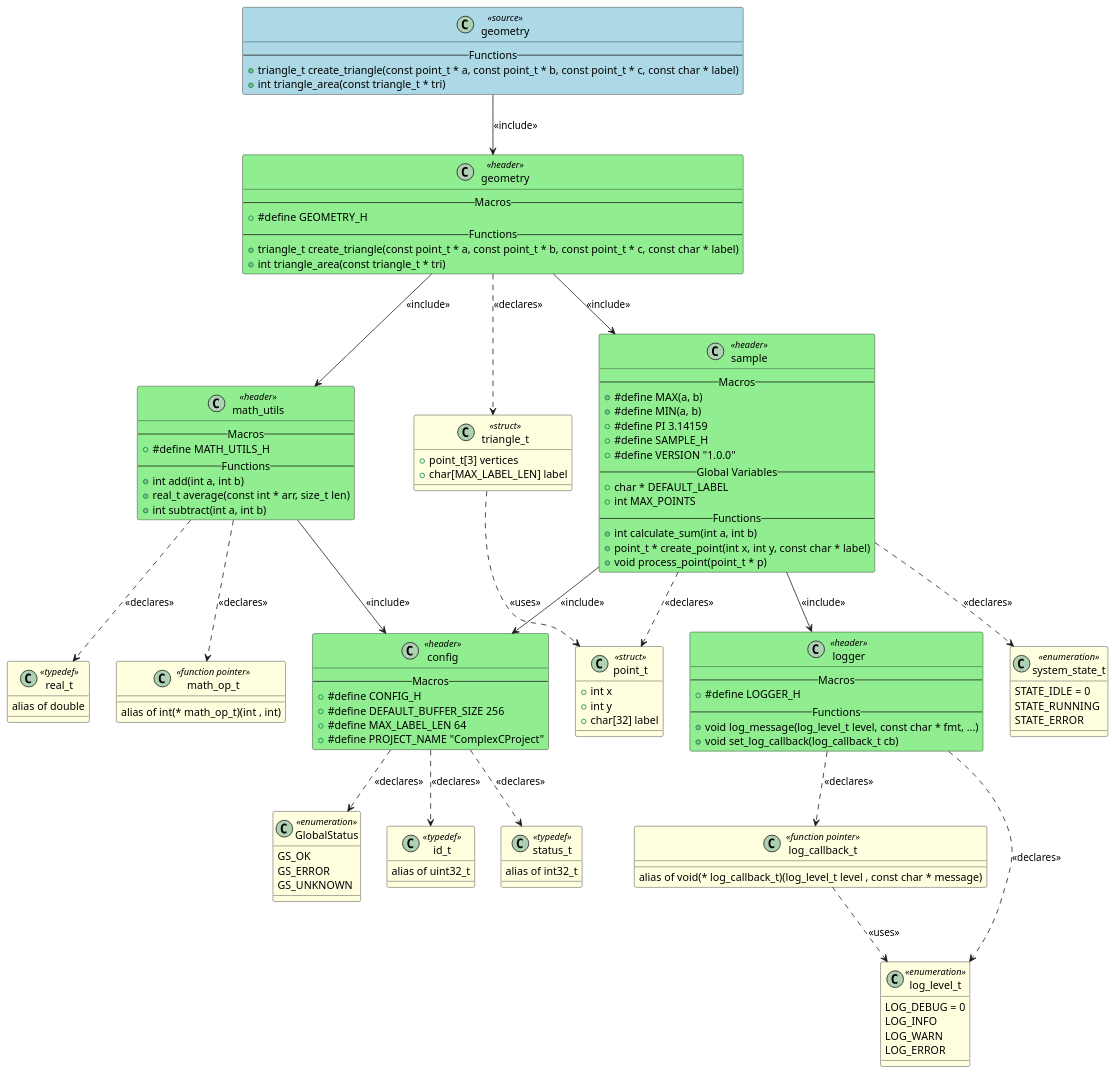
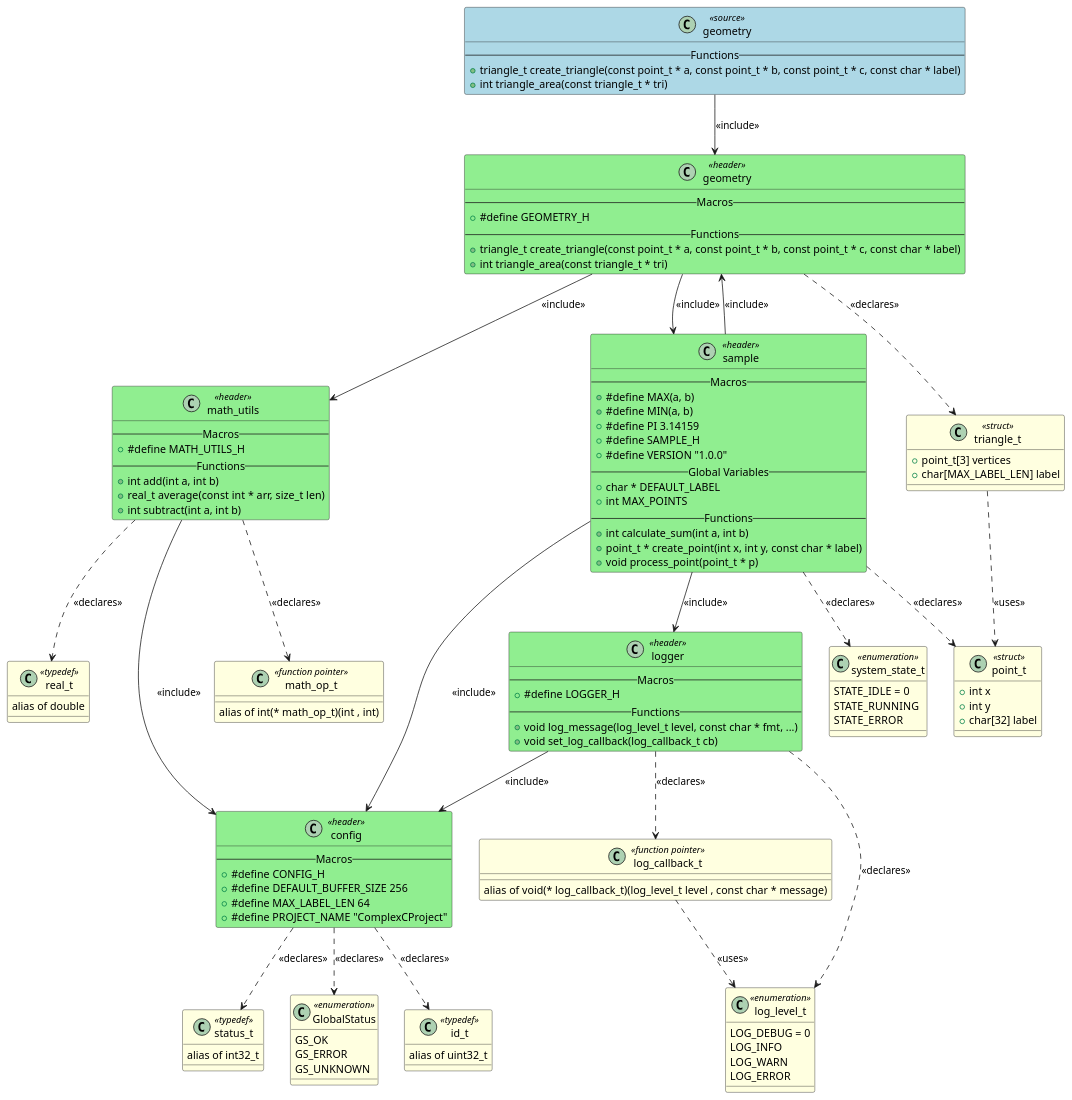
The diagram in artifacts/output_example/geometry.puml (fischerjooo/c2puml), drawn with PlantUML before and after one commit. The commit also changed 23 other files, not shown here.

```diff
--- a/artifacts/output_example/geometry.puml
+++ b/artifacts/output_example/geometry.puml
@@ -1,149 +1,151 @@
 @startuml geometry
 
 class "geometry" as GEOMETRY <<source>> #LightBlue
 {
     -- Functions --
     + triangle_t create_triangle(const point_t * a, const point_t * b, const point_t * c, const char * label)
     + int triangle_area(const triangle_t * tri)
 }
 
 class "config" as HEADER_CONFIG <<header>> #LightGreen
 {
     -- Macros --
     + #define CONFIG_H
     + #define DEFAULT_BUFFER_SIZE 256
     + #define MAX_LABEL_LEN 64
     + #define PROJECT_NAME "ComplexCProject"
 }
 
 class "geometry" as HEADER_GEOMETRY <<header>> #LightGreen
 {
     -- Macros --
     + #define GEOMETRY_H
     -- Functions --
     + triangle_t create_triangle(const point_t * a, const point_t * b, const point_t * c, const char * label)
     + int triangle_area(const triangle_t * tri)
 }
 
 class "logger" as HEADER_LOGGER <<header>> #LightGreen
 {
     -- Macros --
     + #define LOGGER_H
     -- Functions --
     + void log_message(log_level_t level, const char * fmt, ...)
     + void set_log_callback(log_callback_t cb)
 }
 
 class "math_utils" as HEADER_MATH_UTILS <<header>> #LightGreen
 {
     -- Macros --
     + #define MATH_UTILS_H
     -- Functions --
     + int add(int a, int b)
     + real_t average(const int * arr, size_t len)
     + int subtract(int a, int b)
 }
 
 class "sample" as HEADER_SAMPLE <<header>> #LightGreen
 {
     -- Macros --
     + #define MAX(a, b)
     + #define MIN(a, b)
     + #define PI 3.14159
     + #define SAMPLE_H
     + #define VERSION "1.0.0"
     -- Global Variables --
     + char * DEFAULT_LABEL
     + int MAX_POINTS
     -- Functions --
     + int calculate_sum(int a, int b)
     + point_t * create_point(int x, int y, const char * label)
     + void process_point(point_t * p)
 }
 
 class "GlobalStatus" as TYPEDEF_GLOBALSTATUS <<enumeration>> #LightYellow
 {
     GS_OK
     GS_ERROR
     GS_UNKNOWN
 }
 
 class "id_t" as TYPEDEF_ID_T <<typedef>> #LightYellow
 {
     alias of uint32_t
 }
 
 class "status_t" as TYPEDEF_STATUS_T <<typedef>> #LightYellow
 {
     alias of int32_t
 }
 
 class "triangle_t" as TYPEDEF_TRIANGLE_T <<struct>> #LightYellow
 {
     + point_t[3] vertices
     + char[MAX_LABEL_LEN] label
 }
 
 class "log_level_t" as TYPEDEF_LOG_LEVEL_T <<enumeration>> #LightYellow
 {
     LOG_DEBUG = 0
     LOG_INFO
     LOG_WARN
     LOG_ERROR
 }
 
 class "log_callback_t" as TYPEDEF_LOG_CALLBACK_T <<function pointer>> #LightYellow
 {
     alias of void(* log_callback_t)(log_level_t level , const char * message)
 }
 
 class "math_op_t" as TYPEDEF_MATH_OP_T <<function pointer>> #LightYellow
 {
     alias of int(* math_op_t)(int , int)
 }
 
 class "real_t" as TYPEDEF_REAL_T <<typedef>> #LightYellow
 {
     alias of double
 }
 
 class "point_t" as TYPEDEF_POINT_T <<struct>> #LightYellow
 {
     + int x
     + int y
     + char[32] label
 }
 
 class "system_state_t" as TYPEDEF_SYSTEM_STATE_T <<enumeration>> #LightYellow
 {
     STATE_IDLE = 0
     STATE_RUNNING
     STATE_ERROR
 }
 
 
 ' Include relationships
 GEOMETRY --> HEADER_GEOMETRY : <<include>>
 HEADER_GEOMETRY --> HEADER_MATH_UTILS : <<include>>
 HEADER_GEOMETRY --> HEADER_SAMPLE : <<include>>
+HEADER_LOGGER --> HEADER_CONFIG : <<include>>
 HEADER_MATH_UTILS --> HEADER_CONFIG : <<include>>
 HEADER_SAMPLE --> HEADER_CONFIG : <<include>>
+HEADER_SAMPLE --> HEADER_GEOMETRY : <<include>>
 HEADER_SAMPLE --> HEADER_LOGGER : <<include>>
 
 ' Declaration relationships
 HEADER_CONFIG ..> TYPEDEF_GLOBALSTATUS : <<declares>>
 HEADER_CONFIG ..> TYPEDEF_ID_T : <<declares>>
 HEADER_CONFIG ..> TYPEDEF_STATUS_T : <<declares>>
 HEADER_GEOMETRY ..> TYPEDEF_TRIANGLE_T : <<declares>>
 HEADER_LOGGER ..> TYPEDEF_LOG_LEVEL_T : <<declares>>
 HEADER_LOGGER ..> TYPEDEF_LOG_CALLBACK_T : <<declares>>
 HEADER_MATH_UTILS ..> TYPEDEF_MATH_OP_T : <<declares>>
 HEADER_MATH_UTILS ..> TYPEDEF_REAL_T : <<declares>>
 HEADER_SAMPLE ..> TYPEDEF_POINT_T : <<declares>>
 HEADER_SAMPLE ..> TYPEDEF_SYSTEM_STATE_T : <<declares>>
 
 ' Uses relationships
 TYPEDEF_TRIANGLE_T ..> TYPEDEF_POINT_T : <<uses>>
 TYPEDEF_LOG_CALLBACK_T ..> TYPEDEF_LOG_LEVEL_T : <<uses>>
 
 @enduml
```
